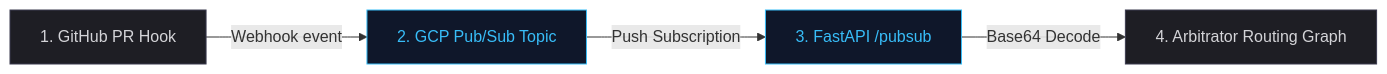
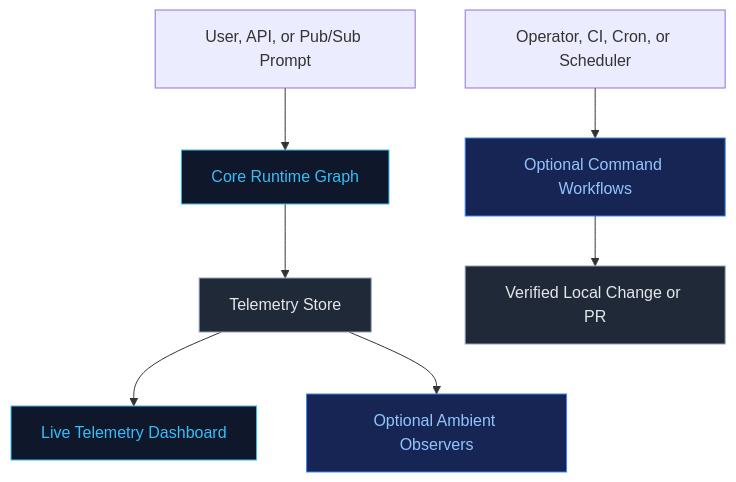
Before and after one commit to ryemyster/capability-arbitrator: the first of 2 diagrams in docs/ARCHITECTURE.md, drawn with Mermaid. The commit also changed other lines of this file and 19 other files, not shown here.

Commit message:
docs: clarify architecture and CI/CD setup

````diff
--- a/docs/ARCHITECTURE.md
+++ b/docs/ARCHITECTURE.md
@@ -164,9 +12,13 @@
 ```mermaid
-graph LR
-    classDef default fill:#1e1e24,stroke:#3b3b4f,stroke-width:1px,color:#d4d4d8;
-    classDef cloud fill:#0f172a,stroke:#38bdf8,stroke-width:1px,color:#38bdf8;
+graph TD
+    classDef runtime fill:#0f172a,stroke:#38bdf8,stroke-width:1px,color:#38bdf8;
+    classDef ops fill:#172554,stroke:#3b82f6,stroke-width:1px,color:#93c5fd;
+    classDef store fill:#1f2937,stroke:#94a3b8,stroke-width:1px,color:#e5e7eb;
 
-    GitHub[1. GitHub PR Hook] -->|Webhook event| PubSub[2. GCP Pub/Sub Topic]:::cloud
-    PubSub -->|Push Subscription| FastAPI[3. FastAPI /pubsub]:::cloud
-    FastAPI -->|Base64 Decode| Exec[4. Arbitrator Routing Graph]
+    User[User, API, or Pub/Sub Prompt] --> Graph[Core Runtime Graph]:::runtime
+    Graph --> Telemetry[Telemetry Store]:::store
+    Telemetry --> Dashboard[Live Telemetry Dashboard]:::runtime
+    Telemetry --> Ambient[Optional Ambient Observers]:::ops
+    Operator[Operator, CI, Cron, or Scheduler] --> Commands[Optional Command Workflows]:::ops
+    Commands --> Repo[Verified Local Change or PR]:::store
 ```
````
